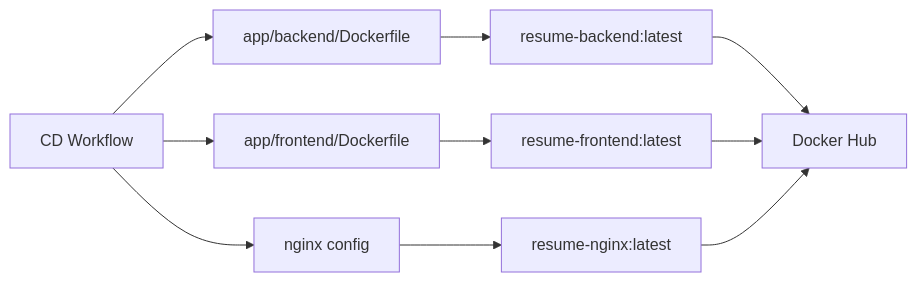
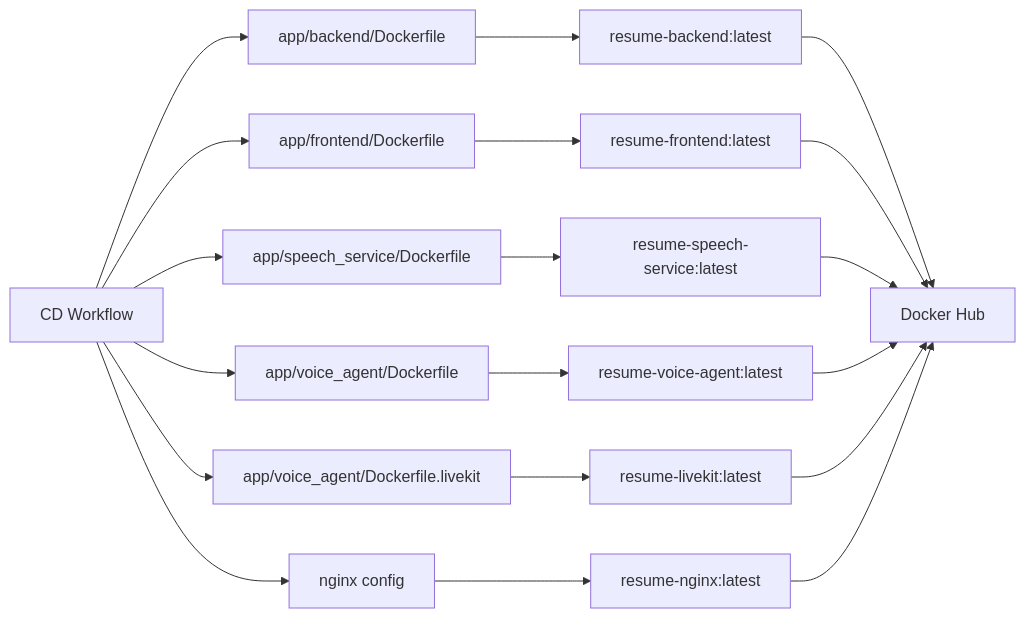
The seventh of 13 diagrams in .qoder/repowiki/en/content/Deployment & DevOps/CI_CD Pipelines.md (Revanththetalogics/aireume), drawn with Mermaid before and after one commit. The commit also changed other lines of this file and 39 other files, not shown here.

````diff
--- a/.qoder/repowiki/en/content/Deployment & DevOps/CI_CD Pipelines.md
+++ b/.qoder/repowiki/en/content/Deployment & DevOps/CI_CD Pipelines.md
@@ -259,12 +295,21 @@
 ```mermaid
 graph LR
 CD["CD Workflow"] --> BDF["app/backend/Dockerfile"]
 CD --> FDF["app/frontend/Dockerfile"]
+CD --> SSDF["app/speech_service/Dockerfile"]
+CD --> VASDF["app/voice_agent/Dockerfile"]
+CD --> LKDF["app/voice_agent/Dockerfile.livekit"]
 CD --> NConf["nginx config"]
 BDF --> BTag["resume-backend:latest"]
 FDF --> FTag["resume-frontend:latest"]
+SSDF --> SSTag["resume-speech-service:latest"]
+VASDF --> VATag["resume-voice-agent:latest"]
+LKDF --> LKTag["resume-livekit:latest"]
 NConf --> NTag["resume-nginx:latest"]
 BTag --> DH["Docker Hub"]
 FTag --> DH
+SSTag --> DH
+VATag --> DH
+LKTag --> DH
 NTag --> DH
 ```
````
